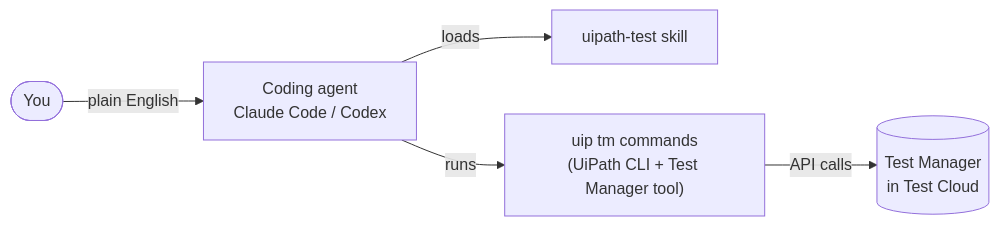
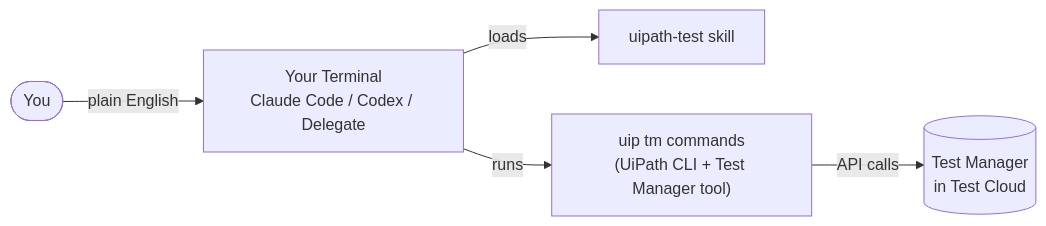
One commit to meera-uipath/Coding-Agents-For-Test-Workshop changed the diagram in docs/module-0-prerequisites/index.md. Above: the diagram before and after it, drawn with Mermaid. The commit also changed other lines of this file and 23 other files, not shown here.

````diff
--- a/docs/module-0-prerequisites/index.md
+++ b/docs/module-0-prerequisites/index.md
@@ -85,7 +171,7 @@
 ```mermaid
 flowchart LR
-    You([You]) -- plain English --> Agent[Coding agent<br/>Claude Code / Codex]
+    You([You]) -- plain English --> Agent[Your Terminal<br/>Claude Code / Codex / Delegate]
     Agent -- loads --> Skill[uipath-test skill]
     Agent -- runs --> CLI["uip tm commands<br/>(UiPath CLI + Test Manager tool)"]
     CLI -- API calls --> TM[(Test Manager<br/>in Test Cloud)]
 ```
````
